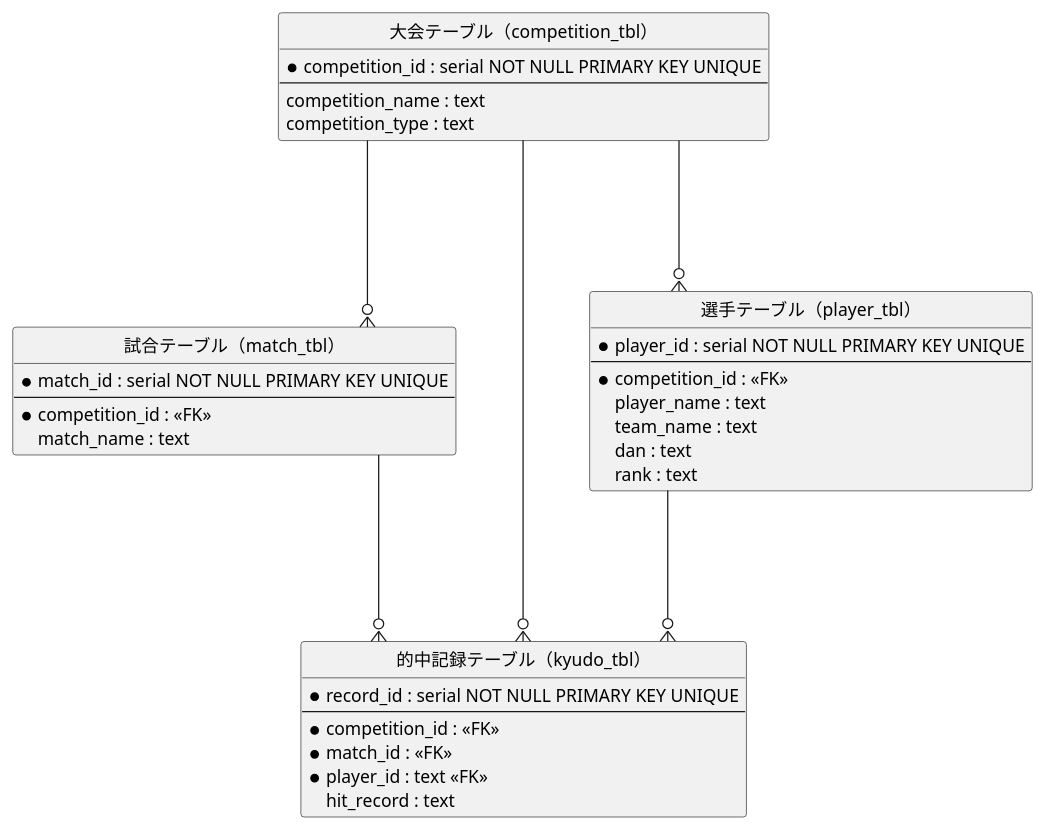
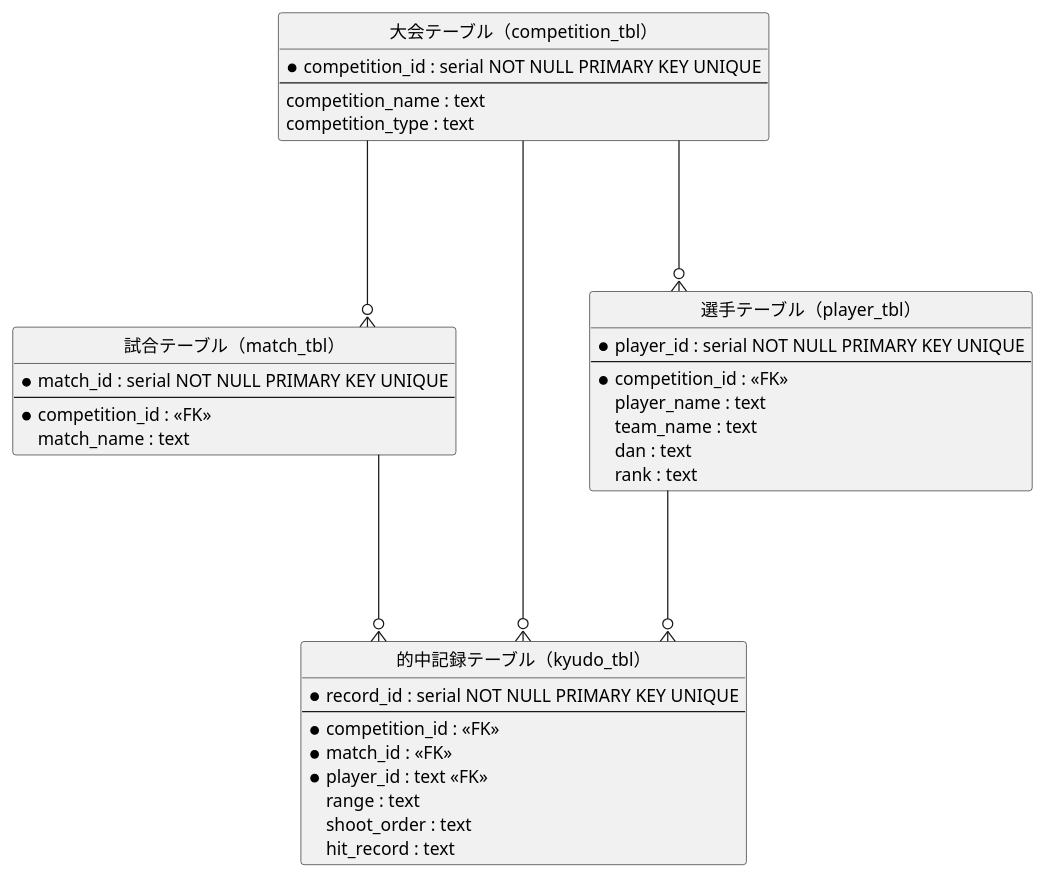
Before and after one commit to ssksoft/kyudo: the diagram in uml/er_diagram.pu, drawn with PlantUML. The commit also changed 2 other files, not shown here.

```diff
--- a/uml/er_diagram.pu
+++ b/uml/er_diagram.pu
@@ -1,48 +1,50 @@
 @startuml er_diagram
 
 ' hide the spot
 hide circle
 
 ' avoid problems with angled crows feet
 skinparam linetype ortho
 
 entity "大会テーブル（competition_tbl）" as competition_tbl {
   *competition_id : serial NOT NULL PRIMARY KEY UNIQUE
   --
   competition_name : text
   competition_type : text
 }
 
 entity "試合テーブル（match_tbl）" as match_tbl {
   *match_id : serial NOT NULL PRIMARY KEY UNIQUE
   --
   *competition_id : <<FK>>
   match_name : text
 }
 
 entity "的中記録テーブル（kyudo_tbl）" as hit_record_tbl {
   *record_id : serial NOT NULL PRIMARY KEY UNIQUE
   --
   *competition_id : <<FK>>
   *match_id : <<FK>>
   *player_id : text <<FK>>
+  range : text
+  shoot_order : text
   hit_record : text
 }
 
 entity "選手テーブル（player_tbl）" as player_tbl {
   *player_id : serial NOT NULL PRIMARY KEY UNIQUE
   --
   *competition_id : <<FK>>
   player_name : text
   team_name : text
   dan : text
   rank : text
 }
 
 competition_tbl ---o{ match_tbl
 match_tbl ---o{ hit_record_tbl
 player_tbl ---o{ hit_record_tbl
 competition_tbl ---o{ hit_record_tbl
 competition_tbl ---o{ player_tbl
 
 @enduml
```
